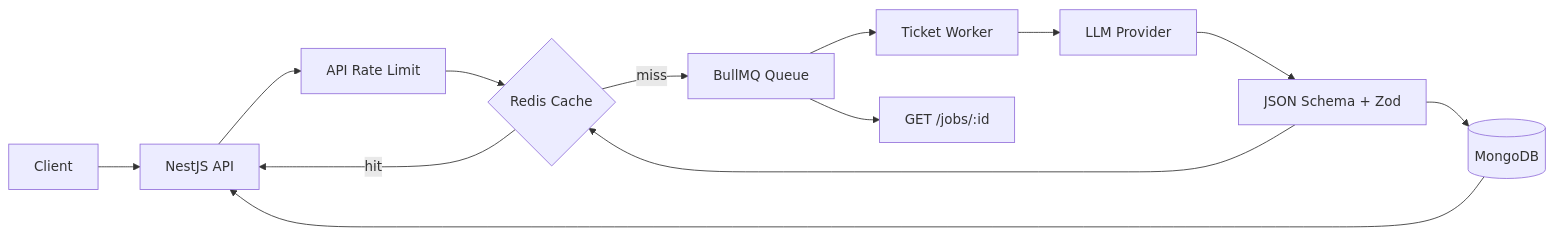
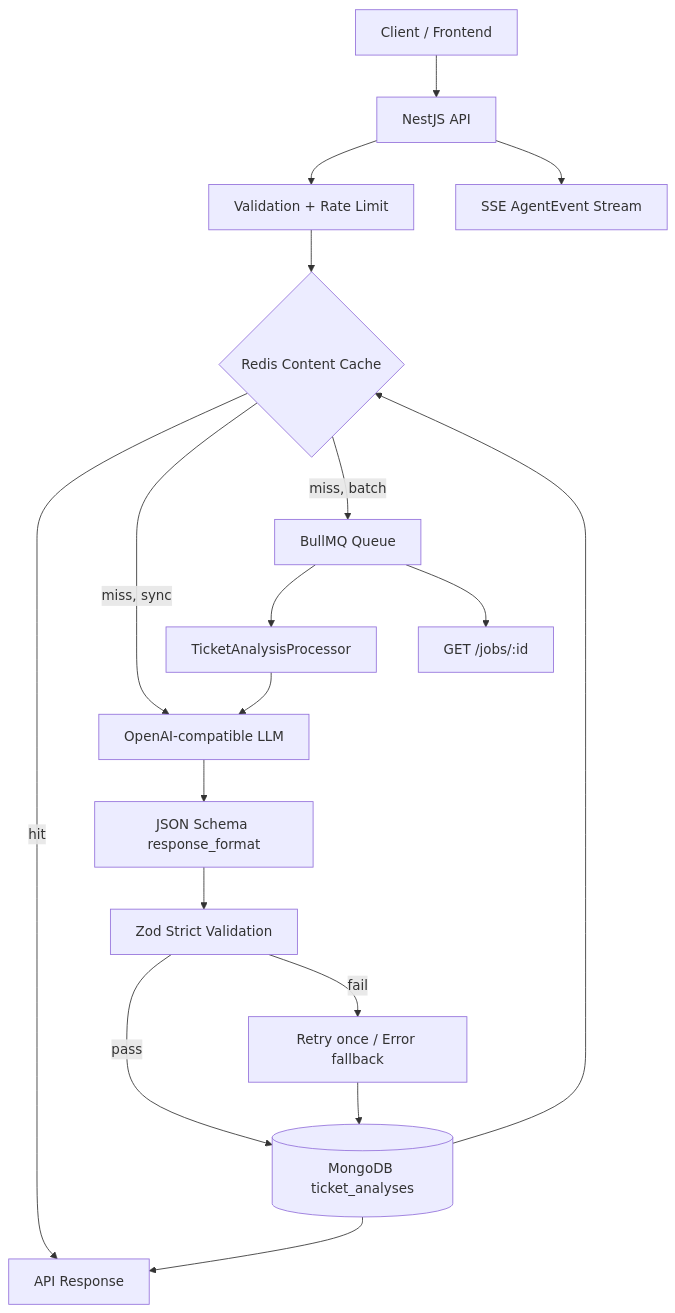
Before and after one commit to magelikescoke/ai-agent-nodejs-lab: the first of 2 diagrams in README.md, drawn with Mermaid. The commit also changed other lines of this file and 5 other files, not shown here.

````diff
--- a/README.md
+++ b/README.md
@@ -54,15 +53,20 @@
 ```mermaid
-flowchart LR
-  Client[Client] --> API[NestJS API]
-  API --> RateLimit[API Rate Limit]
-  RateLimit --> Cache{Redis Cache}
-  Cache -- hit --> API
-  Cache -- miss --> Queue[BullMQ Queue]
-  Queue --> Worker[Ticket Worker]
-  Worker --> LLM[LLM Provider]
-  LLM --> Schema[JSON Schema + Zod]
-  Schema --> Mongo[(MongoDB)]
-  Schema --> Cache
-  Mongo --> API
-  Queue --> JobStatus[GET /jobs/:id]
+flowchart TD
+  Client[Client / Frontend] --> API[NestJS API]
+  API --> Guard[Validation + Rate Limit]
+  Guard --> Cache{Redis Content Cache}
+  Cache -- hit --> Response[API Response]
+  Cache -- miss, sync --> LLM[OpenAI-compatible LLM]
+  Cache -- miss, batch --> Queue[BullMQ Queue]
+  Queue --> Worker[TicketAnalysisProcessor]
+  Worker --> LLM
+  LLM --> Format[JSON Schema response_format]
+  Format --> Validate[Zod Strict Validation]
+  Validate -- pass --> Mongo[(MongoDB ticket_analyses)]
+  Validate -- fail --> Retry[Retry once / Error fallback]
+  Retry --> Mongo
+  Mongo --> Cache
+  Mongo --> Response
+  API --> SSE[SSE AgentEvent Stream]
+  Queue --> JobAPI[GET /jobs/:id]
 ```
````
